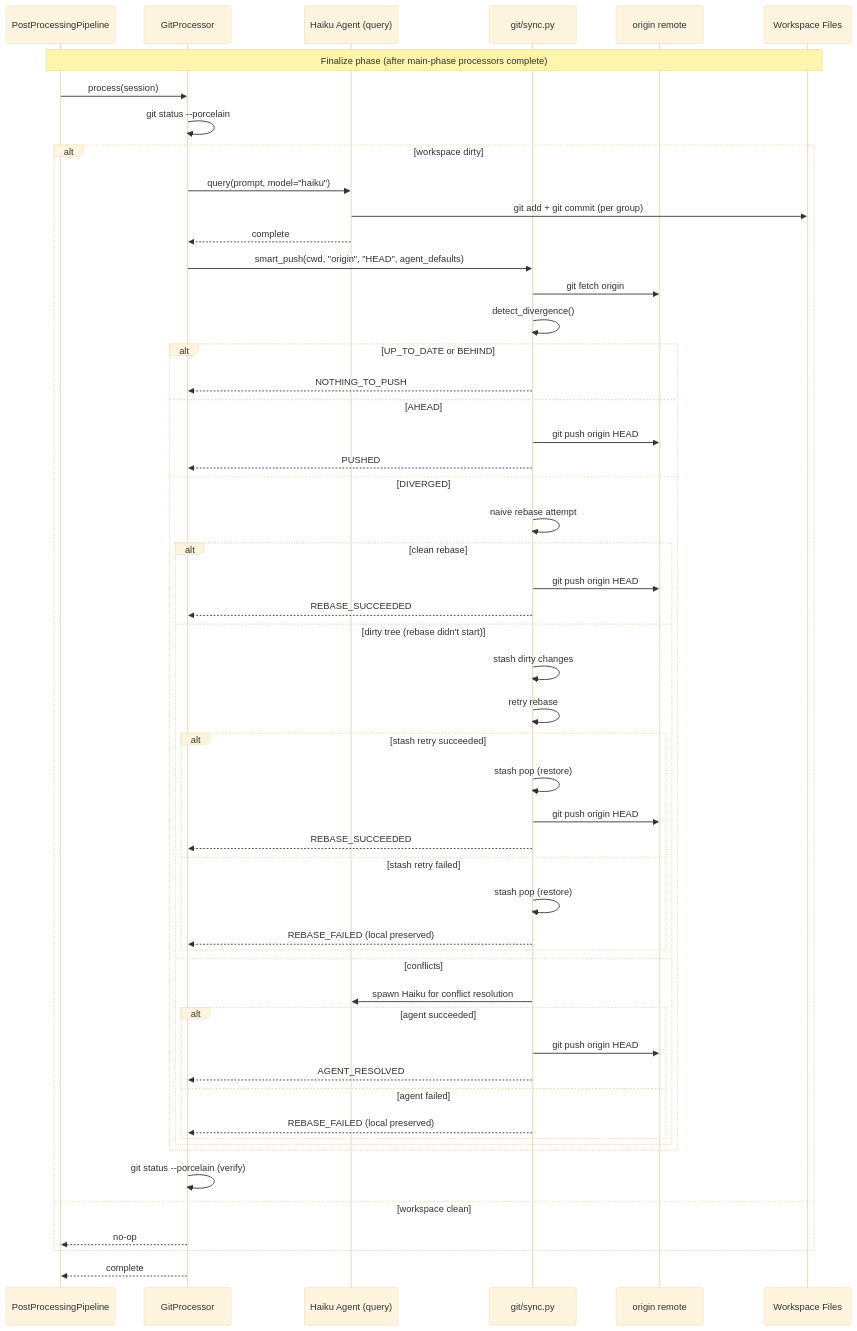
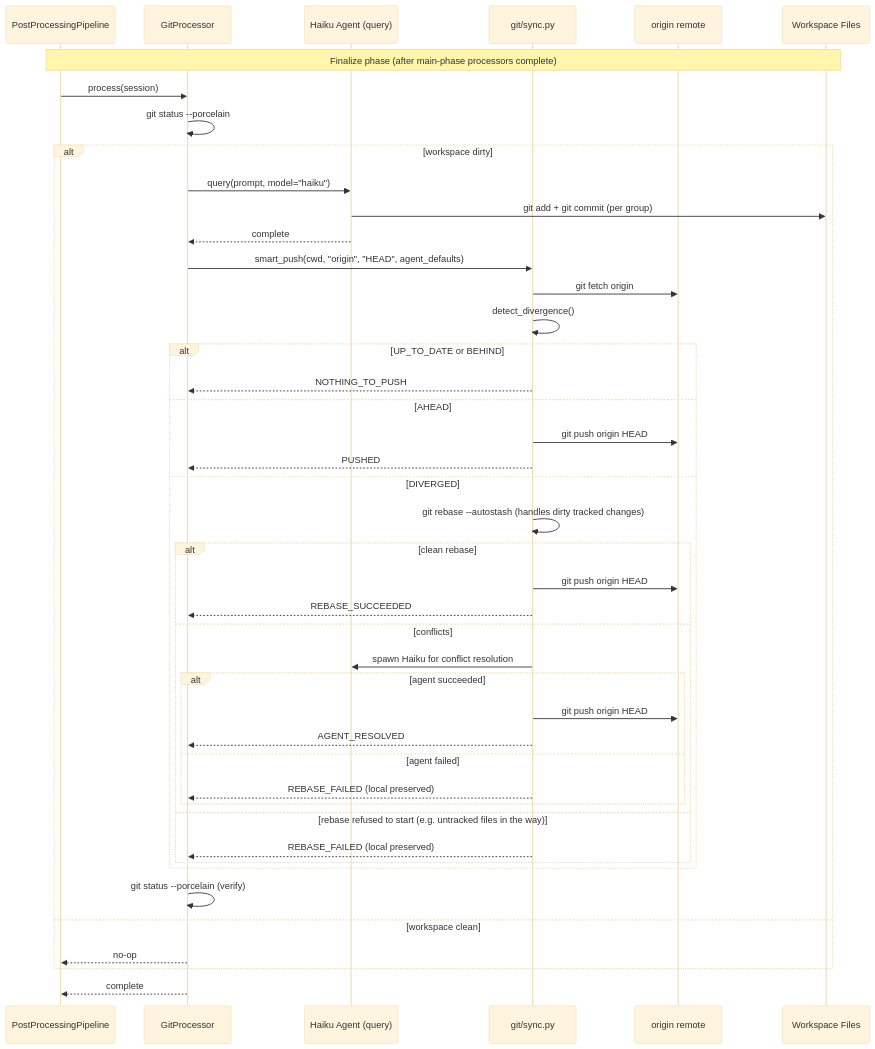
Before and after one commit to asermax/tachikoma: the diagram in docs/feature-designs/agent/workspace-version-tracking.md, drawn with Mermaid (base theme). The commit also changed other lines of this file and 1 other file, not shown here.

First line of the commit message:
docs(git): describe autostash flow in workspace-version-tracking

````diff
--- a/docs/feature-designs/agent/workspace-version-tracking.md
+++ b/docs/feature-designs/agent/workspace-version-tracking.md
@@ -57,56 +57,47 @@
 ```mermaid
 sequenceDiagram
     participant Pipeline as PostProcessingPipeline
     participant Git as GitProcessor
     participant Agent as Haiku Agent (query)
     participant Sync as git/sync.py
     participant Remote as origin remote
     participant FS as Workspace Files
 
     Note over Pipeline,FS: Finalize phase (after main-phase processors complete)
     Pipeline->>Git: process(session)
     Git->>Git: git status --porcelain
     alt workspace dirty
         Git->>Agent: query(prompt, model="haiku")
         Agent->>FS: git add + git commit (per group)
         Agent-->>Git: complete
         Git->>Sync: smart_push(cwd, "origin", "HEAD", agent_defaults)
         Sync->>Remote: git fetch origin
         Sync->>Sync: detect_divergence()
         alt UP_TO_DATE or BEHIND
             Sync-->>Git: NOTHING_TO_PUSH
         else AHEAD
             Sync->>Remote: git push origin HEAD
             Sync-->>Git: PUSHED
         else DIVERGED
-            Sync->>Sync: naive rebase attempt
+            Sync->>Sync: git rebase --autostash (handles dirty tracked changes)
             alt clean rebase
                 Sync->>Remote: git push origin HEAD
                 Sync-->>Git: REBASE_SUCCEEDED
-            else dirty tree (rebase didn't start)
-                Sync->>Sync: stash dirty changes
-                Sync->>Sync: retry rebase
-                alt stash retry succeeded
-                    Sync->>Sync: stash pop (restore)
-                    Sync->>Remote: git push origin HEAD
-                    Sync-->>Git: REBASE_SUCCEEDED
-                else stash retry failed
-                    Sync->>Sync: stash pop (restore)
-                    Sync-->>Git: REBASE_FAILED (local preserved)
-                end
             else conflicts
                 Sync->>Agent: spawn Haiku for conflict resolution
                 alt agent succeeded
                     Sync->>Remote: git push origin HEAD
                     Sync-->>Git: AGENT_RESOLVED
                 else agent failed
                     Sync-->>Git: REBASE_FAILED (local preserved)
                 end
+            else rebase refused to start (e.g. untracked files in the way)
+                Sync-->>Git: REBASE_FAILED (local preserved)
             end
         end
         Git->>Git: git status --porcelain (verify)
     else workspace clean
         Git-->>Pipeline: no-op
     end
     Git-->>Pipeline: complete
 ```
````
